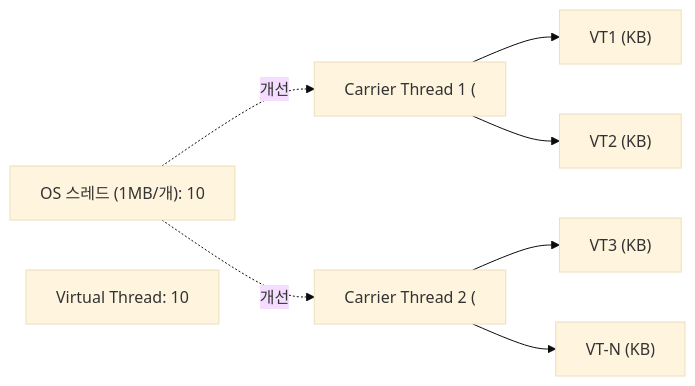
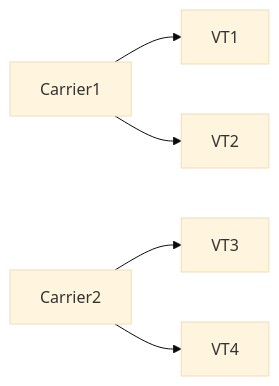
Before and after one commit to yjkim2015/yjkim2015.github.io: the second of 3 diagrams in _posts/java/2026-05-02-java-versions.md, drawn with Mermaid (base theme). The commit also changed other lines of this file and 163 other files, not shown here.

First line of the commit message:
Mermaid 300개 블록 내용 축소: 5노드 5엣지 이하, 의미 있는 약어

````diff
--- a/_posts/java/2026-05-02-java-versions.md
+++ b/_posts/java/2026-05-02-java-versions.md
@@ -691,8 +687,5 @@
 ```mermaid
 graph LR
-    OS["OS 스레드 (1MB/개): 10"]
-    CT1["Carrier Thread 1 ("] --> VT1["VT1 (KB)"] & VT2["VT2 (KB)"]
-    CT2["Carrier Thread 2 ("] --> VT3["VT3 (KB)"] & VTN["VT-N (KB)"]
-    NOTE["Virtual Thread: 10"]
-    OS -.개선.-> CT1 & CT2
+    CT1["Carrier1"] --> VT1["VT1"] & VT2["VT2"]
+    CT2["Carrier2"] --> VT3["VT3"] & VT4["VT4"]
 ```
````
